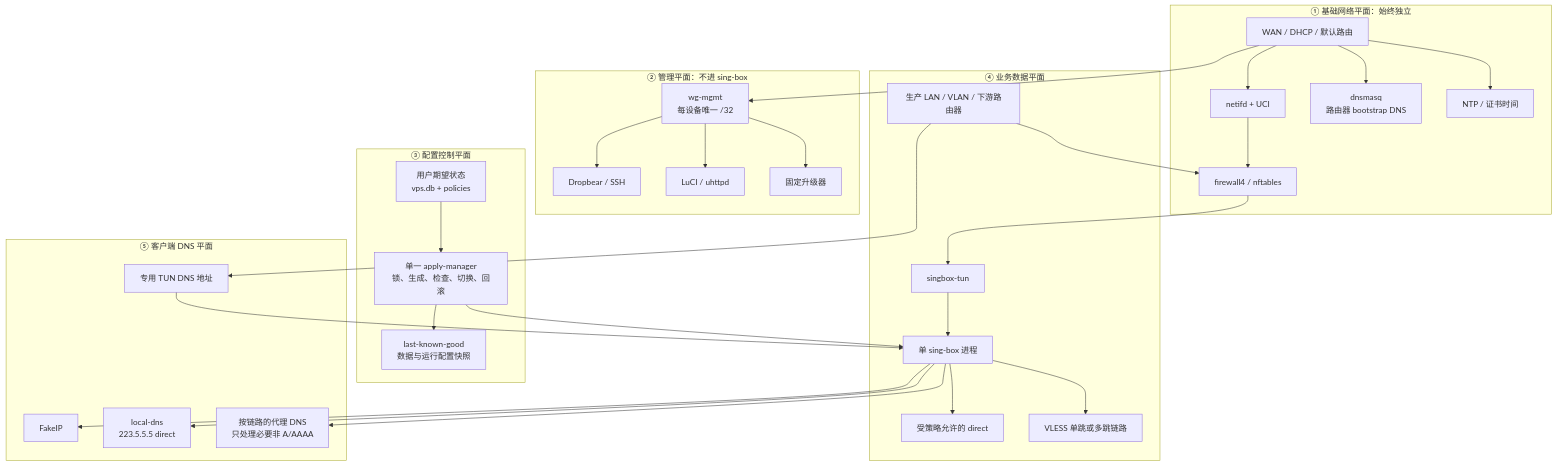
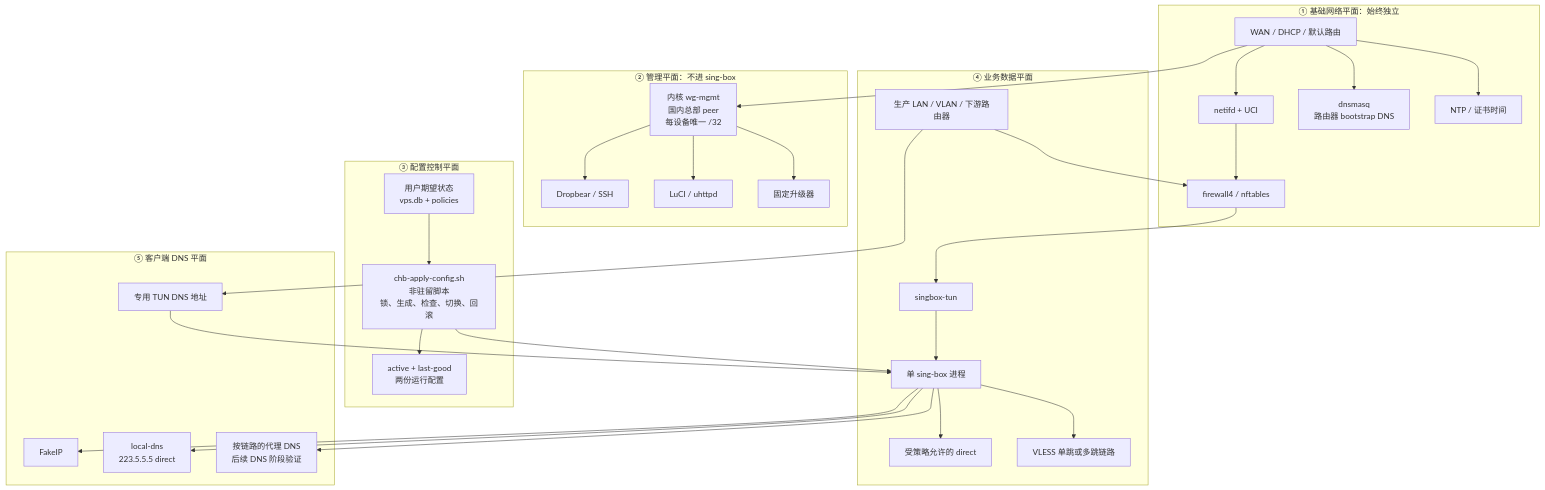
The first of 13 diagrams in docs/superpowers/specs/2026-07-28-runtime-network-isolation-design.md (whalestore/vps-deployment-script), drawn with Mermaid before and after one commit. The commit also changed other lines of this file, not shown here.

````diff
--- a/docs/superpowers/specs/2026-07-28-runtime-network-isolation-design.md
+++ b/docs/superpowers/specs/2026-07-28-runtime-network-isolation-design.md
@@ -50,55 +52,55 @@
 ```mermaid
 flowchart TB
     subgraph BASE["① 基础网络平面：始终独立"]
         WAN["WAN / DHCP / 默认路由"]
         NETIFD["netifd + UCI"]
         DNSMASQ["dnsmasq<br/>路由器 bootstrap DNS"]
         FW["firewall4 / nftables"]
         TIME["NTP / 证书时间"]
     end
 
     subgraph MGMT["② 管理平面：不进 sing-box"]
-        WG["wg-mgmt<br/>每设备唯一 /32"]
+        WG["内核 wg-mgmt<br/>国内总部 peer<br/>每设备唯一 /32"]
         SSH["Dropbear / SSH"]
         LUCI["LuCI / uhttpd"]
         OTA["固定升级器"]
     end
 
     subgraph CONTROL["③ 配置控制平面"]
         DESIRED["用户期望状态<br/>vps.db + policies"]
-        APPLY["单一 apply-manager<br/>锁、生成、检查、切换、回滚"]
-        LKG["last-known-good<br/>数据与运行配置快照"]
+        APPLY["chb-apply-config.sh<br/>非驻留脚本<br/>锁、生成、检查、切换、回滚"]
+        LKG["active + last-good<br/>两份运行配置"]
     end
 
     subgraph DATA["④ 业务数据平面"]
         LAN["生产 LAN / VLAN / 下游路由器"]
         TUN["singbox-tun"]
         SB["单 sing-box 进程"]
         DIRECT["受策略允许的 direct"]
         VLESS["VLESS 单跳或多跳链路"]
     end
 
     subgraph CLIENTDNS["⑤ 客户端 DNS 平面"]
         TDNS["专用 TUN DNS 地址"]
         FAKE["FakeIP"]
         LOCAL["local-dns<br/>223.5.5.5 direct"]
-        CHDNS["按链路的代理 DNS<br/>只处理必要非 A/AAAA"]
+        CHDNS["按链路的代理 DNS<br/>后续 DNS 阶段验证"]
     end
 
     WAN --> NETIFD --> FW
     WAN --> DNSMASQ
     WAN --> TIME
     WAN --> WG --> SSH
     WG --> LUCI
     WG --> OTA
     DESIRED --> APPLY
     APPLY --> LKG
     APPLY --> SB
     LAN --> FW --> TUN --> SB
     SB --> DIRECT
     SB --> VLESS
     LAN --> TDNS --> SB
     SB --> FAKE
     SB --> LOCAL
     SB --> CHDNS
 ```
````
